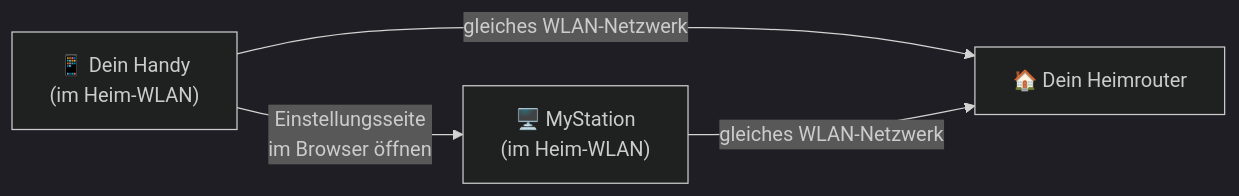
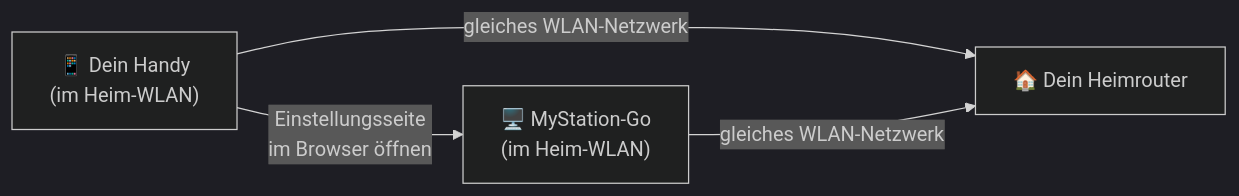
One commit to gogo-boot/mystation-landing changed the second of 3 diagrams in website/i18n/de/docusaurus-plugin-content-docs/current/user-guide/network-setup.md. Above: the diagram before and after it, drawn with Mermaid (dark theme). The commit also changed other lines of this file and 15 other files, not shown here.

````diff
--- a/website/i18n/de/docusaurus-plugin-content-docs/current/user-guide/network-setup.md
+++ b/website/i18n/de/docusaurus-plugin-content-docs/current/user-guide/network-setup.md
@@ -60,10 +60,10 @@
 ```mermaid
 graph LR
     Phone["📱 Dein Handy\n(im Heim-WLAN)"]
     Router["🏠 Dein Heimrouter"]
-    Station["🖥️ MyStation\n(im Heim-WLAN)"]
+    Station["🖥️ MyStation-Go\n(im Heim-WLAN)"]
 
     Phone -- " gleiches WLAN-Netzwerk " --> Router
     Station -- " gleiches WLAN-Netzwerk " --> Router
     Phone -- " Einstellungsseite\nim Browser öffnen " --> Station
 ```
````
